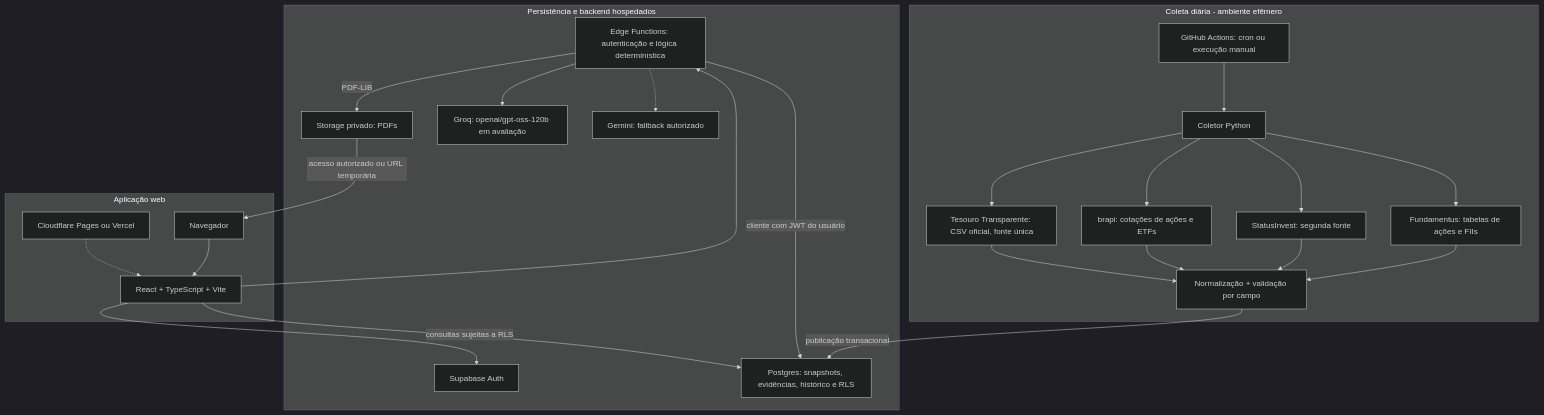
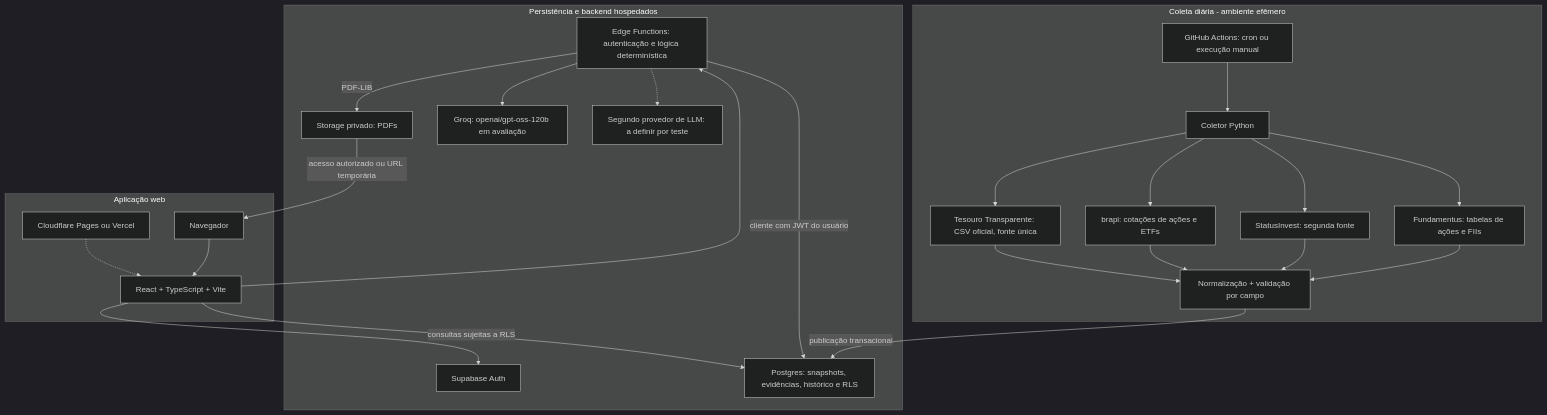
One commit to GuilhermeBarros12/finance_agent changed the first of 3 diagrams in README.md. Above: the diagram before and after it, drawn with Mermaid (dark theme). The commit also changed other lines of this file and 2 other files, not shown here.

````diff
--- a/README.md
+++ b/README.md
@@ -160,47 +164,47 @@
 ```mermaid
 flowchart TB
     subgraph batch["Coleta diária - ambiente efêmero"]
         gha["GitHub Actions: cron ou execução manual"]
         collect["Coletor Python"]
         fund["Fundamentus: tabelas de ações e FIIs"]
         status["StatusInvest: segunda fonte"]
         brapi["brapi: cotações de ações e ETFs"]
         official["Tesouro Transparente: CSV oficial, fonte única"]
         validate["Normalização + validação por campo"]
         gha --> collect
         collect --> fund
         collect --> status
         collect --> brapi
         collect --> official
         fund --> validate
         status --> validate
         brapi --> validate
         official --> validate
     end
 
     subgraph hosted["Persistência e backend hospedados"]
         auth["Supabase Auth"]
         db["Postgres: snapshots, evidências, histórico e RLS"]
         edge["Edge Functions: autenticação e lógica determinística"]
         storage["Storage privado: PDFs"]
         groq["Groq: openai/gpt-oss-120b em avaliação"]
-        gemini["Gemini: fallback autorizado"]
+        gemini["Segundo provedor de LLM: a definir por teste"]
         validate -->|"publicação transacional"| db
         edge -->|"cliente com JWT do usuário"| db
         edge --> groq
         edge -.-> gemini
         edge -->|"PDF-LIB"| storage
     end
 
     subgraph ui["Aplicação web"]
         browser["Navegador"]
         front["React + TypeScript + Vite"]
         deploy["Cloudflare Pages ou Vercel"]
         browser --> front
         deploy -.-> front
         front --> auth
         front --> edge
         front -->|"consultas sujeitas a RLS"| db
         storage -->|"acesso autorizado ou URL temporária"| browser
     end
 ```
````
